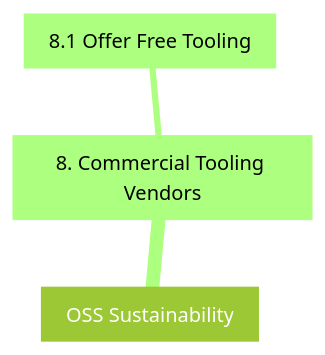
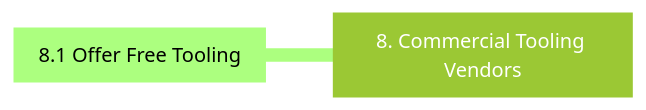
Before and after one commit to AWiderDotNET/home: the eighth of 8 diagrams in README.md, drawn with Mermaid (forest theme). The commit also changed other lines of this file, not shown here.

````diff
--- a/README.md
+++ b/README.md
@@ -121,6 +114,5 @@
 ```mermaid
 mindmap
-  root[OSS Sustainability]
-    8[8. Commercial Tooling Vendors]
-      8.1[8.1 Offer Free Tooling]
+  8[8. Commercial Tooling Vendors]
+    8.1[8.1 Offer Free Tooling]
 ```
````
